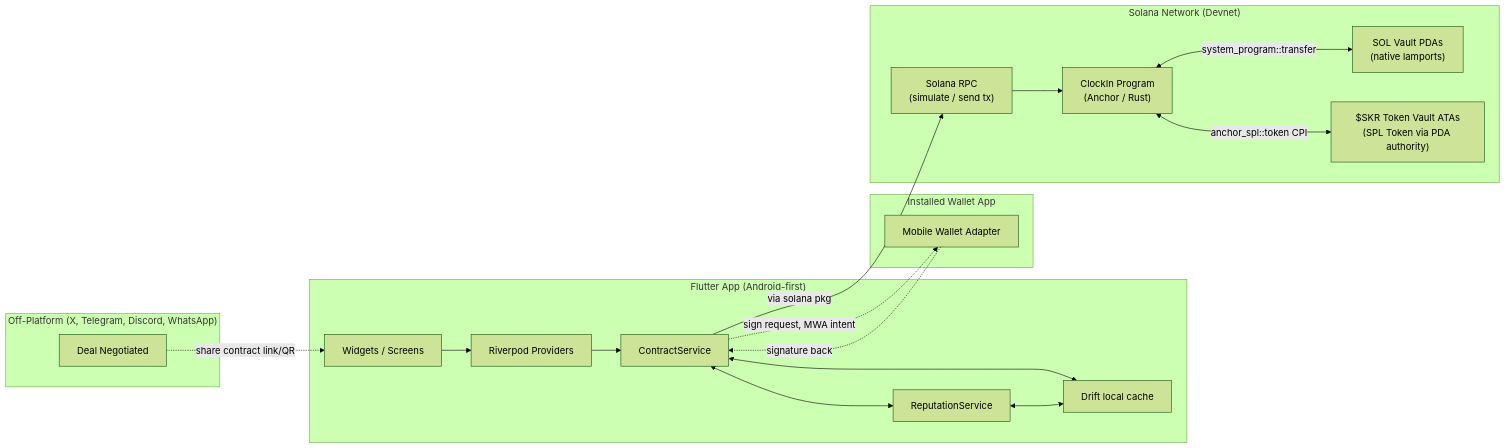
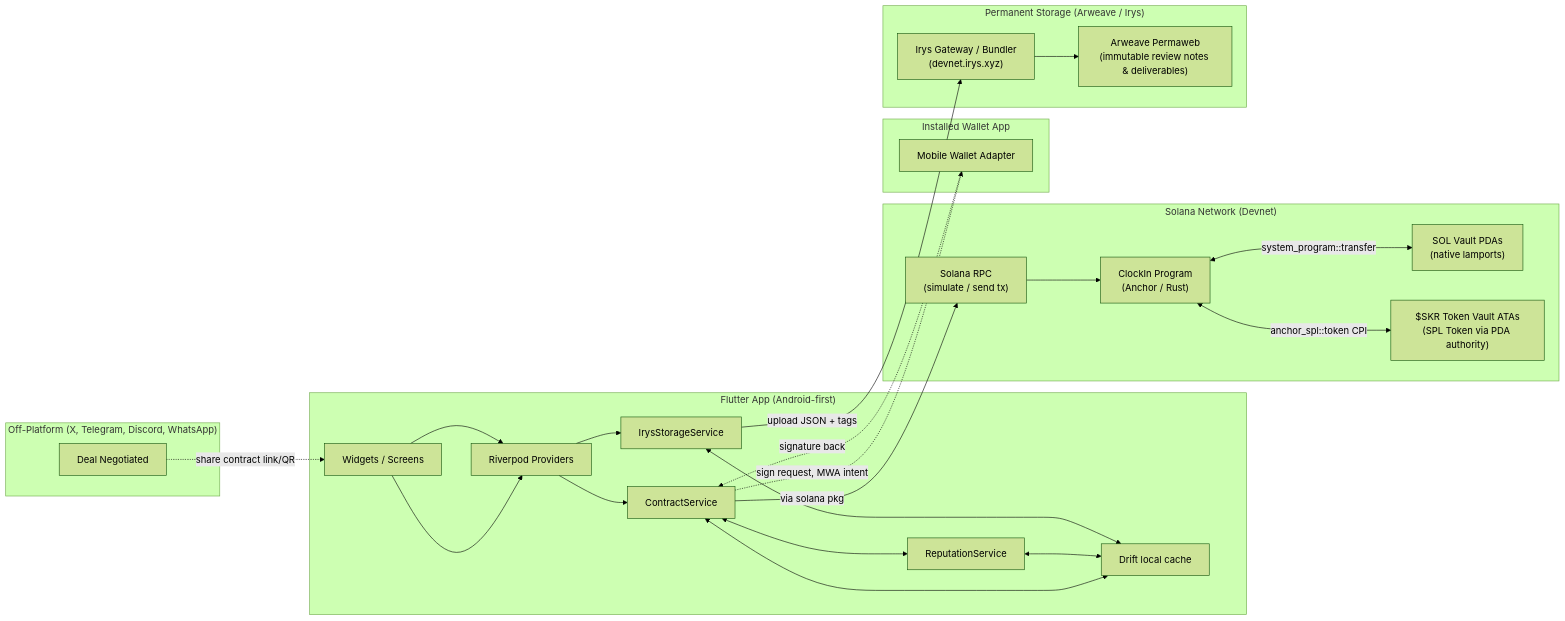
The first of 2 diagrams in docs/ARCHITECTURE.md (adewuyito/ClockIn), drawn with Mermaid (forest theme) before and after one commit. The commit also changed other lines of this file, not shown here.

Commit message:
Document permanent review and deliverables storage via Arweave and Irys

````diff
--- a/docs/ARCHITECTURE.md
+++ b/docs/ARCHITECTURE.md
@@ -9,32 +9,40 @@
 ```mermaid
 flowchart LR
     subgraph ext["Off-Platform (X, Telegram, Discord, WhatsApp)"]
         DEAL["Deal Negotiated"]
     end
     subgraph app["Flutter App (Android-first)"]
         UI["Widgets / Screens"]
         VM["Riverpod Providers"]
         CS["ContractService"]
         RS["ReputationService"]
+        IS["IrysStorageService"]
         DB["Drift local cache"]
     end
     subgraph wallet["Installed Wallet App"]
         MWA["Mobile Wallet Adapter"]
     end
     subgraph net["Solana Network (Devnet)"]
         RPC["Solana RPC\n(simulate / send tx)"]
         PROG["ClockIn Program\n(Anchor / Rust)"]
         VAULT_SOL["SOL Vault PDAs\n(native lamports)"]
         VAULT_SKR["$SKR Token Vault ATAs\n(SPL Token via PDA authority)"]
     end
+    subgraph perma["Permanent Storage (Arweave / Irys)"]
+        IRYS["Irys Gateway / Bundler\n(devnet.irys.xyz)"]
+        ARW["Arweave Permaweb\n(immutable review notes & deliverables)"]
+    end
     DEAL -.->|share contract link/QR| UI
     UI --> VM --> CS
+    UI --> VM --> IS
     CS <--> RS
     CS <--> DB
     RS <--> DB
+    IS <--> DB
+    IS -->|upload JSON + tags| IRYS --> ARW
     CS -->|via solana pkg| RPC --> PROG
     PROG <-->|system_program::transfer| VAULT_SOL
     PROG <-->|anchor_spl::token CPI| VAULT_SKR
     CS -.->|sign request, MWA intent| MWA
     MWA -.->|signature back| CS
 ```
````
